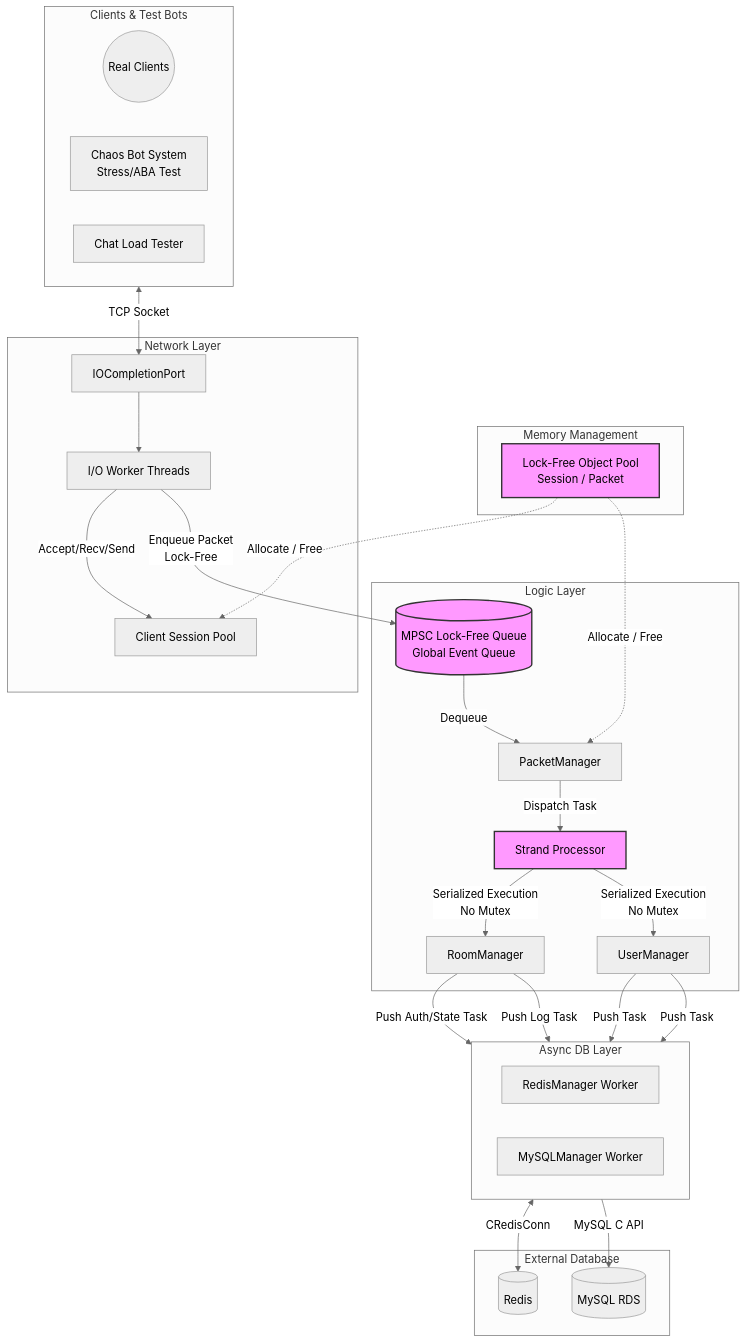
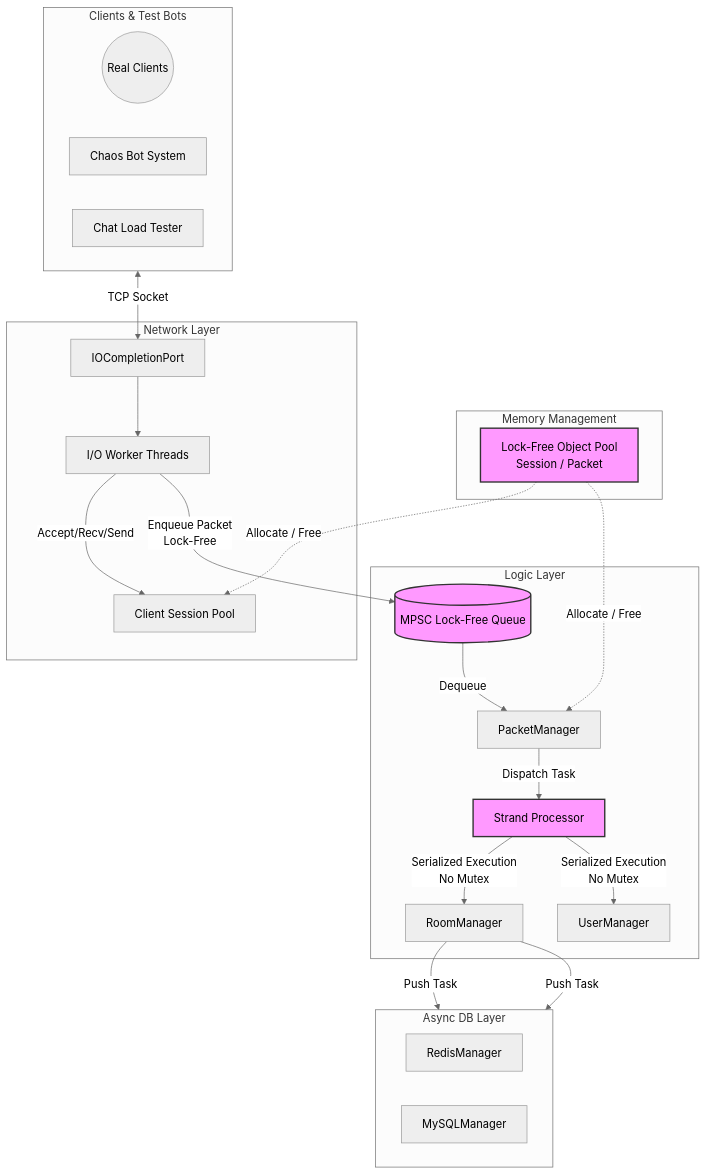
The diagram in README.md (kanghyoungwoo/IOCP), drawn with Mermaid (neutral theme) before and after one commit. The commit also changed other lines of this file and 5 other files, not shown here.

````diff
--- a/README.md
+++ b/README.md
@@ -322,69 +40,48 @@
 ```mermaid
 graph TD
-    %% 외부 클라이언트 및 테스트 시스템
     subgraph External_Clients [Clients & Test Bots]
         Clients((Real Clients))
-        ChaosBot[Chaos Bot System\nStress/ABA Test]
+        ChaosBot[Chaos Bot System]
         LoadTester[Chat Load Tester]
     end
 
-    %% 메모리 풀 레이어 (전역)
     subgraph Memory_Layer [Memory Management]
         MemPool[Lock-Free Object Pool\nSession / Packet]
     end
 
-    %% 네트워크 레이어 (IOCP)
     subgraph Network_Layer [Network Layer]
         IOCP[IOCompletionPort]
         WorkerThreads[I/O Worker Threads]
         SessionPool[Client Session Pool]
-        
         IOCP --> WorkerThreads
         WorkerThreads -->|Accept/Recv/Send| SessionPool
     end
 
-    %% 로직 레이어 (Strand & Lock-Free)
     subgraph Logic_Layer [Logic Layer]
         PacketManager[PacketManager]
-        GlobalQueue[(MPSC Lock-Free Queue\nGlobal Event Queue)]
+        GlobalQueue[(MPSC Lock-Free Queue)]
         StrandProcessor[Strand Processor]
         RoomMgr[RoomManager]
         UserMgr[UserManager]
-
         WorkerThreads -->|Enqueue Packet\nLock-Free| GlobalQueue
         GlobalQueue -->|Dequeue| PacketManager
         PacketManager -->|Dispatch Task| StrandProcessor
         StrandProcessor -->|Serialized Execution\nNo Mutex| RoomMgr
         StrandProcessor -->|Serialized Execution\nNo Mutex| UserMgr
     end
 
-    %% 비동기 DB 레이어
     subgraph DB_Layer [Async DB Layer]
         direction LR
-        RedisMgr[RedisManager Worker]
-        MySQLMgr[MySQLManager Worker]
+        RedisMgr[RedisManager]
+        MySQLMgr[MySQLManager]
     end
 
-    %% 외부 데이터베이스
-    subgraph External_Database [External Database]
-        Redis[(Redis)]
-        MySQL[(MySQL RDS)]
-    end
-
-    %% 흐름 연결
     External_Clients <-->|TCP Socket| IOCP
-    
     MemPool -.->|Allocate / Free| SessionPool
     MemPool -.->|Allocate / Free| PacketManager
-
-    RoomMgr -->|Push Auth/State Task| RedisMgr
-    RoomMgr -->|Push Log Task| MySQLMgr
-    UserMgr -->|Push Task| RedisMgr
-    UserMgr -->|Push Task| MySQLMgr
-
-    RedisMgr <-->|CRedisConn| Redis
-    MySQLMgr -->|MySQL C API| MySQL
+    RoomMgr -->|Push Task| RedisMgr
+    RoomMgr -->|Push Task| MySQLMgr
 
     classDef core fill:#f9f,stroke:#333,stroke-width:2px;
     class StrandProcessor,GlobalQueue,MemPool core;
 ```
````
